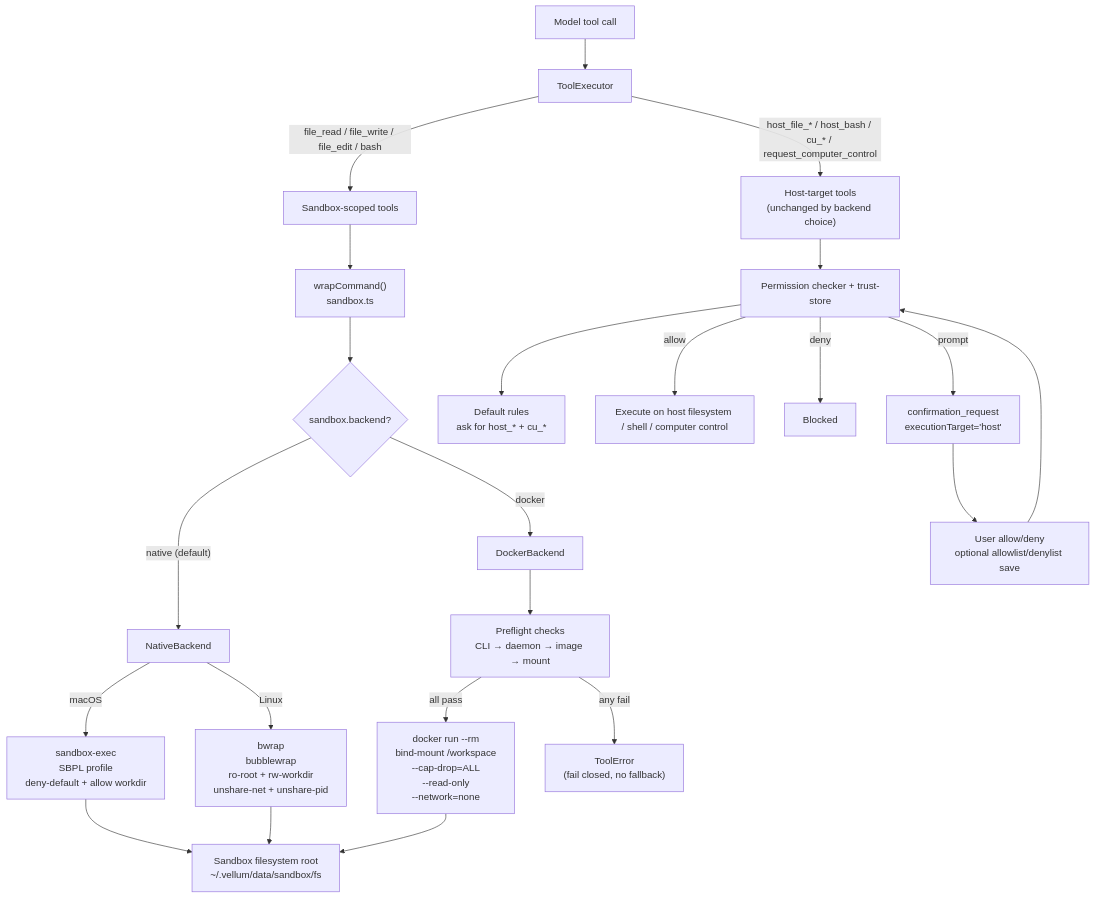
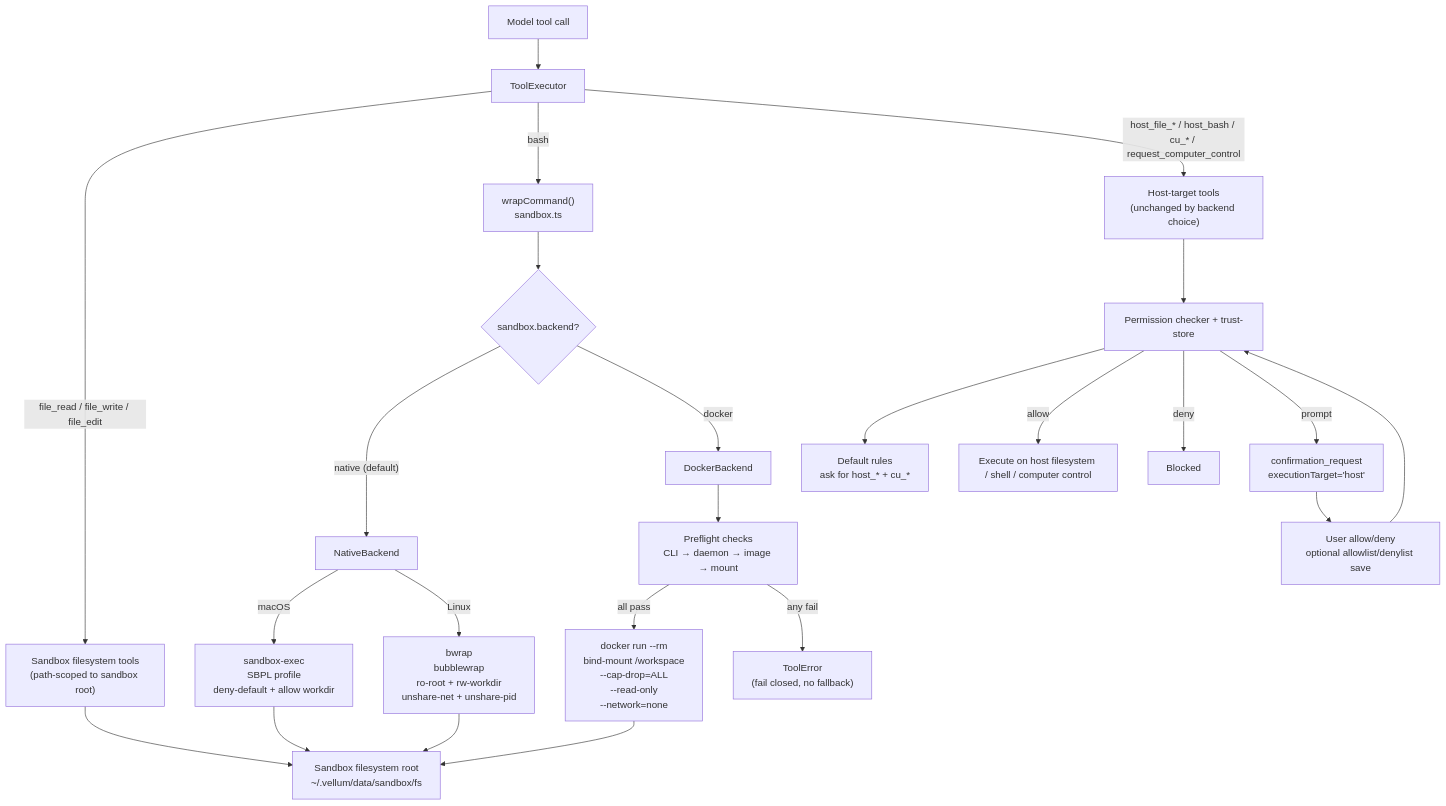
Diagram 11 of 14 in ARCHITECTURE.md (vellum-ai/vellum-assistant), drawn with Mermaid before and after one commit. The commit also changed other lines of this file and 1 other file, not shown here.

Commit message:
docs: fix sandbox docs accuracy per PR #2132 review feedback
Three corrections from Codex review on PR #2132:

1. ARCHITECTURE.md: Correct native backend write-scope description to
   include /tmp and /var/folders (macOS) and writable /tmp (Linux),
   matching the actual SBPL profile and bwrap arguments.

2. ARCHITECTURE.md: Separate file tools from the wrapCommand flow in
   the Mermaid diagram. Only bash routes through wrapCommand/backend
   selection; file_read/file_write/file_edit use path-scoped filesystem
   tools directly.

3. README.md: Document that the Docker mount probe requires
   ubuntu:22.04 in addition to the configured sandbox image, since the
   preflight check hardcodes this image regardless of sandbox.docker.image.

````diff
--- a/ARCHITECTURE.md
+++ b/ARCHITECTURE.md
@@ -830,30 +830,32 @@
 ```mermaid
 graph TB
     CALL["Model tool call"] --> EXEC["ToolExecutor"]
 
-    EXEC -->|"file_read / file_write / file_edit / bash"| SB_TOOLS["Sandbox-scoped tools"]
-    SB_TOOLS --> WRAP["wrapCommand()<br/>sandbox.ts"]
+    EXEC -->|"file_read / file_write / file_edit"| SB_FS_TOOLS["Sandbox filesystem tools<br/>(path-scoped to sandbox root)"]
+    SB_FS_TOOLS --> SB_FS
+
+    EXEC -->|"bash"| WRAP["wrapCommand()<br/>sandbox.ts"]
 
     WRAP --> BACKEND_CHECK{"sandbox.backend?"}
     BACKEND_CHECK -->|"native (default)"| NATIVE["NativeBackend"]
     BACKEND_CHECK -->|"docker"| DOCKER["DockerBackend"]
 
     NATIVE -->|"macOS"| SBPL["sandbox-exec<br/>SBPL profile<br/>deny-default + allow workdir"]
     NATIVE -->|"Linux"| BWRAP["bwrap<br/>bubblewrap<br/>ro-root + rw-workdir<br/>unshare-net + unshare-pid"]
     SBPL --> SB_FS["Sandbox filesystem root<br/>~/.vellum/data/sandbox/fs"]
     BWRAP --> SB_FS
 
     DOCKER --> PREFLIGHT["Preflight checks<br/>CLI → daemon → image → mount"]
     PREFLIGHT -->|"all pass"| CONTAINER["docker run --rm<br/>bind-mount /workspace<br/>--cap-drop=ALL<br/>--read-only<br/>--network=none"]
     PREFLIGHT -->|"any fail"| FAIL_CLOSED["ToolError<br/>(fail closed, no fallback)"]
     CONTAINER --> SB_FS
 
     EXEC -->|"host_file_* / host_bash / cu_* / request_computer_control"| HOST_TOOLS["Host-target tools<br/>(unchanged by backend choice)"]
     HOST_TOOLS --> CHECK["Permission checker + trust-store"]
     CHECK --> DEFAULTS["Default rules<br/>ask for host_* + cu_*"]
     CHECK -->|"allow"| HOST_EXEC["Execute on host filesystem / shell / computer control"]
     CHECK -->|"deny"| BLOCK["Blocked"]
     CHECK -->|"prompt"| PROMPT["confirmation_request<br/>executionTarget='host'"]
     PROMPT --> USER["User allow/deny<br/>optional allowlist/denylist save"]
     USER --> CHECK
 ```
````
